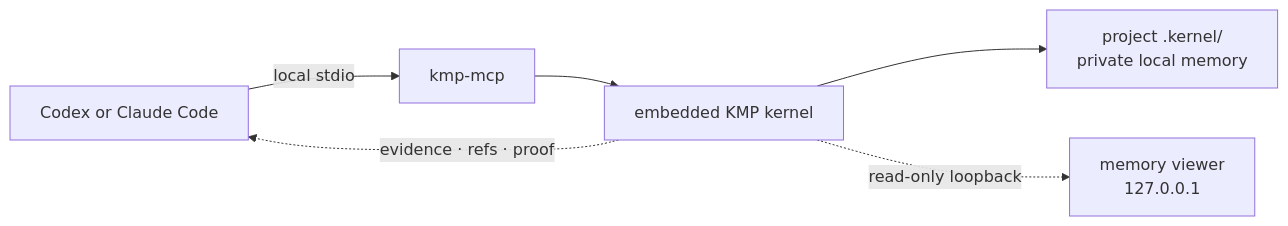
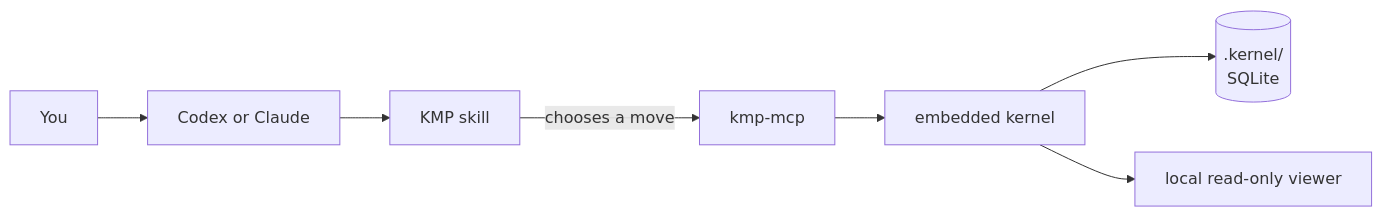
One commit to underpass-ai/kmp changed the diagram in README.md. Above: the diagram before and after it, drawn with Mermaid. The commit also changed other lines of this file and 57 other files, not shown here.

````diff
--- a/README.md
+++ b/README.md
@@ -287,8 +94,9 @@
 ```mermaid
-graph LR
-    A["Codex or Claude Code"] -->|"local stdio"| M["kmp-mcp"]
-    M --> K["embedded KMP kernel"]
-    K --> D["project .kernel/<br/>private local memory"]
-    K -. "evidence · refs · proof" .-> A
-    K -. "read-only loopback" .-> V["memory viewer<br/>127.0.0.1"]
+flowchart LR
+    U[You] --> H[Codex or Claude]
+    H --> S[KMP skill]
+    S -->|chooses a move| M[kmp-mcp]
+    M --> K[embedded kernel]
+    K --> D[(.kernel/\nSQLite)]
+    K --> V[local read-only viewer]
 ```
````
